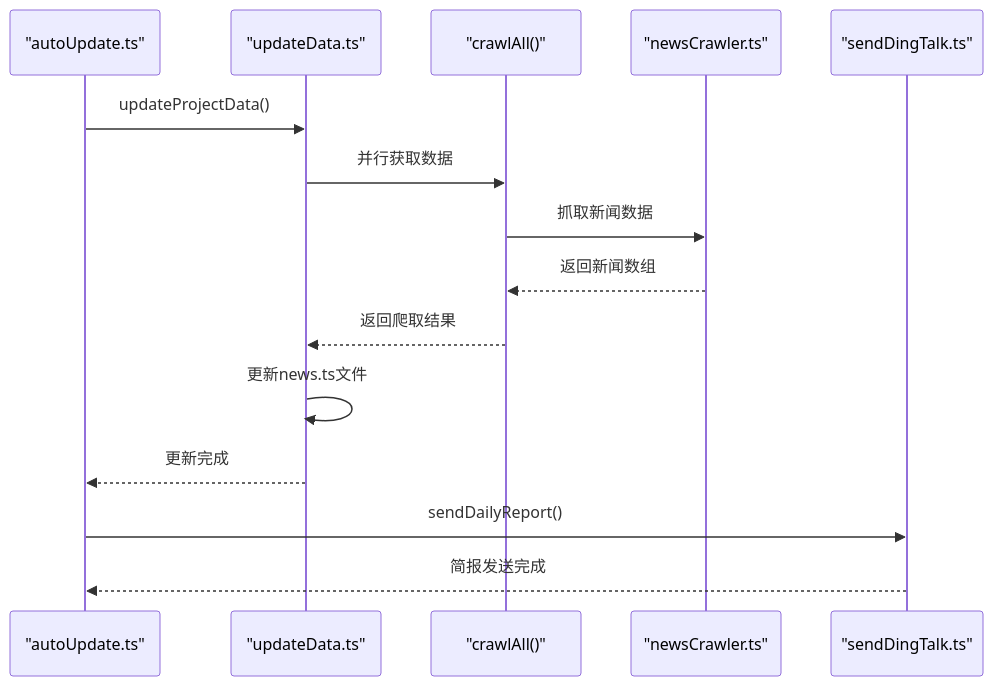
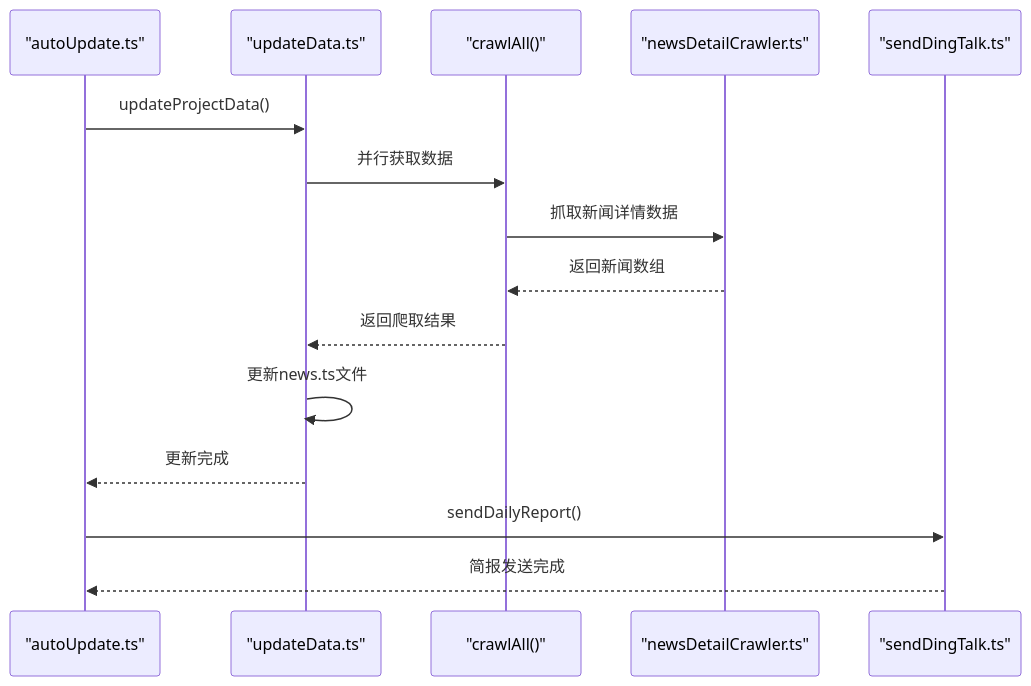
The fourth of 7 diagrams in .qoder/repowiki/zh/content/数据管理/新闻数据管理/新闻数据管理.md (liangxuanliang-cmd/carbon-info-agent), drawn with Mermaid before and after one commit. The commit also changed other lines of this file and 8 other files, not shown here.

````diff
--- a/.qoder/repowiki/zh/content/数据管理/新闻数据管理/新闻数据管理.md
+++ b/.qoder/repowiki/zh/content/数据管理/新闻数据管理/新闻数据管理.md
@@ -276,17 +302,17 @@
 ```mermaid
 sequenceDiagram
 participant AutoUpdate as "autoUpdate.ts"
 participant UpdateData as "updateData.ts"
 participant CrawlAll as "crawlAll()"
-participant NewsCrawler as "newsCrawler.ts"
+participant NewsDetailCrawler as "newsDetailCrawler.ts"
 participant SendReport as "sendDingTalk.ts"
 AutoUpdate->>UpdateData : updateProjectData()
 UpdateData->>CrawlAll : 并行获取数据
-CrawlAll->>NewsCrawler : 抓取新闻数据
-NewsCrawler-->>CrawlAll : 返回新闻数组
+CrawlAll->>NewsDetailCrawler : 抓取新闻详情数据
+NewsDetailCrawler-->>CrawlAll : 返回新闻数组
 CrawlAll-->>UpdateData : 返回爬取结果
 UpdateData->>UpdateData : 更新news.ts文件
 UpdateData-->>AutoUpdate : 更新完成
 AutoUpdate->>SendReport : sendDailyReport()
 SendReport-->>AutoUpdate : 简报发送完成
 ```
````
